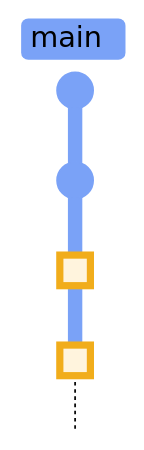
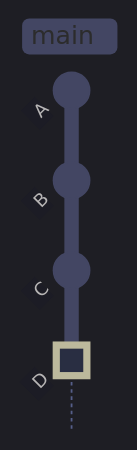
Before and after one commit to alp78/elysium: the third of 12 diagrams in content/08-Git/11-git-recovery-and-undo.md, drawn with Mermaid. The commit also changed other lines of this file and 13 other files, not shown here.

````diff
--- a/content/08-Git/11-git-recovery-and-undo.md
+++ b/content/08-Git/11-git-recovery-and-undo.md
@@ -136,8 +298,19 @@
 ```mermaid
-%%{init: {'theme': 'base', 'themeVariables': {'git0': '#7aa2f7', 'git1': '#f7768e', 'git2': '#9ece6a', 'git3': '#e0af68', 'git4': '#bb9af7', 'gitBranchLabel0': '#000000', 'gitBranchLabel1': '#000000', 'gitBranchLabel2': '#000000', 'gitBranchLabel3': '#000000', 'commitLabelColor': '#ffffff', 'commitLabelBackground': 'transparent', 'commitLabelFontSize': '14px', 'tagLabelColor': '#000000', 'tagLabelBackground': '#c0caf5'}, 'gitGraph': {'mainBranchName': 'main'}} }%%
+%%{init: {'theme': 'dark', 'themeVariables': {
+  'primaryColor': '#292e42',
+  'primaryTextColor': '#c0caf5',
+  'primaryBorderColor': '#565f89',
+  'lineColor': '#565f89',
+  'secondaryColor': '#1a1b26',
+  'tertiaryColor': '#24283b',
+  'noteTextColor': '#c0caf5',
+  'noteBkgColor': '#292e42',
+  'textColor': '#c0caf5',
+  'fontSize': '14px'
+}, 'gitGraph': {'mainBranchName': 'main'}}}%%
 gitGraph TB:
   commit id: "A"
   commit id: "B"
-  commit id: "C" type: HIGHLIGHT
+  commit id: "C"
   commit id: "D" type: HIGHLIGHT
 ```
````
